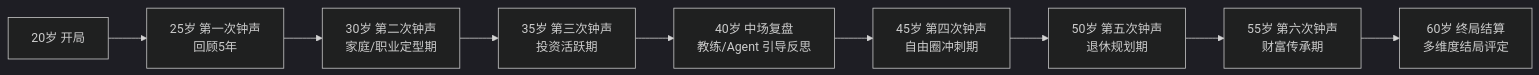
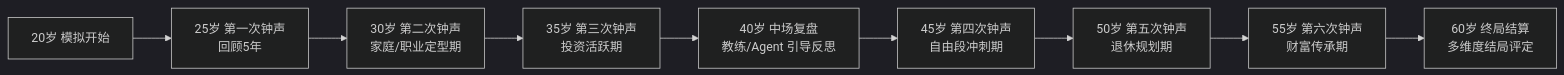
Before and after one commit to liushimeng/lag_docs: the second of 2 diagrams in 虚拟城市/虚拟城市总体设计.md, drawn with Mermaid (dark theme). The commit also changed other lines of this file and 24 other files, not shown here.

````diff
--- a/虚拟城市/虚拟城市总体设计.md
+++ b/虚拟城市/虚拟城市总体设计.md
@@ -146,11 +146,11 @@
 ```mermaid
 flowchart LR
-    Y1[20岁 开局] --> Y2[25岁 第一次钟声<br/>回顾5年]
+    Y1[20岁 模拟开始] --> Y2[25岁 第一次钟声<br/>回顾5年]
     Y2 --> Y3[30岁 第二次钟声<br/>家庭/职业定型期]
     Y3 --> Y4[35岁 第三次钟声<br/>投资活跃期]
     Y4 --> Y5[40岁 中场复盘<br/>教练/Agent 引导反思]
-    Y5 --> Y6[45岁 第四次钟声<br/>自由圈冲刺期]
+    Y5 --> Y6[45岁 第四次钟声<br/>自由段冲刺期]
     Y6 --> Y7[50岁 第五次钟声<br/>退休规划期]
     Y7 --> Y8[55岁 第六次钟声<br/>财富传承期]
     Y8 --> Y9[60岁 终局结算<br/>多维度结局评定]
 ```
````
